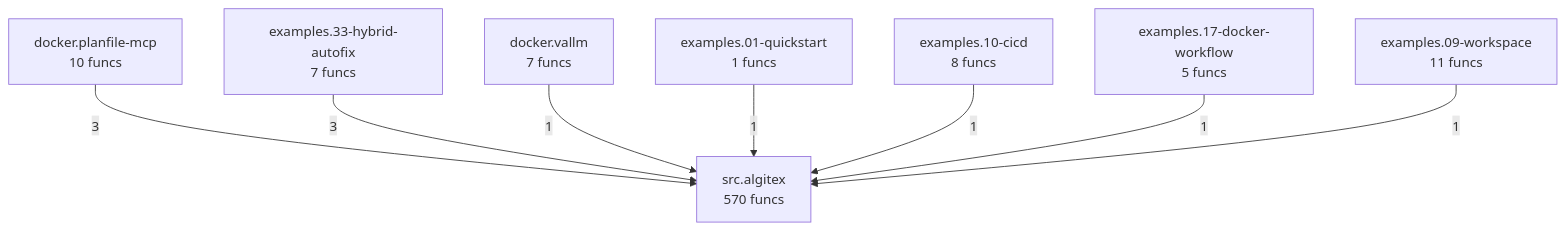
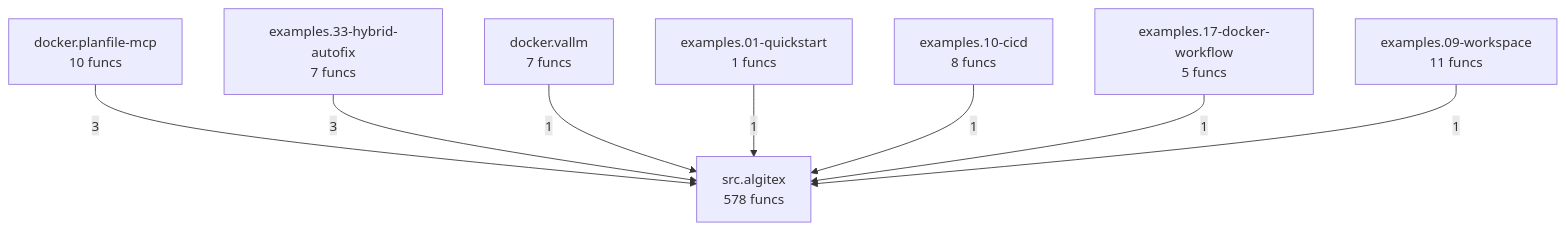
Before and after one commit to semcod/algitex: the diagram in project/compact_flow.mmd, drawn with Mermaid. The commit also changed 26 other files, not shown here.

```diff
--- a/project/compact_flow.mmd
+++ b/project/compact_flow.mmd
@@ -1,16 +1,16 @@
 flowchart TD
     docker__planfile_mcp["docker.planfile-mcp<br/>10 funcs"]
     docker__vallm["docker.vallm<br/>7 funcs"]
     examples__01_quickstart["examples.01-quickstart<br/>1 funcs"]
     examples__09_workspace["examples.09-workspace<br/>11 funcs"]
     examples__10_cicd["examples.10-cicd<br/>8 funcs"]
     examples__17_docker_workflow["examples.17-docker-workflow<br/>5 funcs"]
     examples__33_hybrid_autofix["examples.33-hybrid-autofix<br/>7 funcs"]
-    src__algitex["src.algitex<br/>570 funcs"]
+    src__algitex["src.algitex<br/>578 funcs"]
     docker__planfile_mcp -->|3| src__algitex
     examples__33_hybrid_autofix -->|3| src__algitex
     docker__vallm -->|1| src__algitex
     examples__01_quickstart -->|1| src__algitex
     examples__10_cicd -->|1| src__algitex
     examples__17_docker_workflow -->|1| src__algitex
     examples__09_workspace -->|1| src__algitex
```
